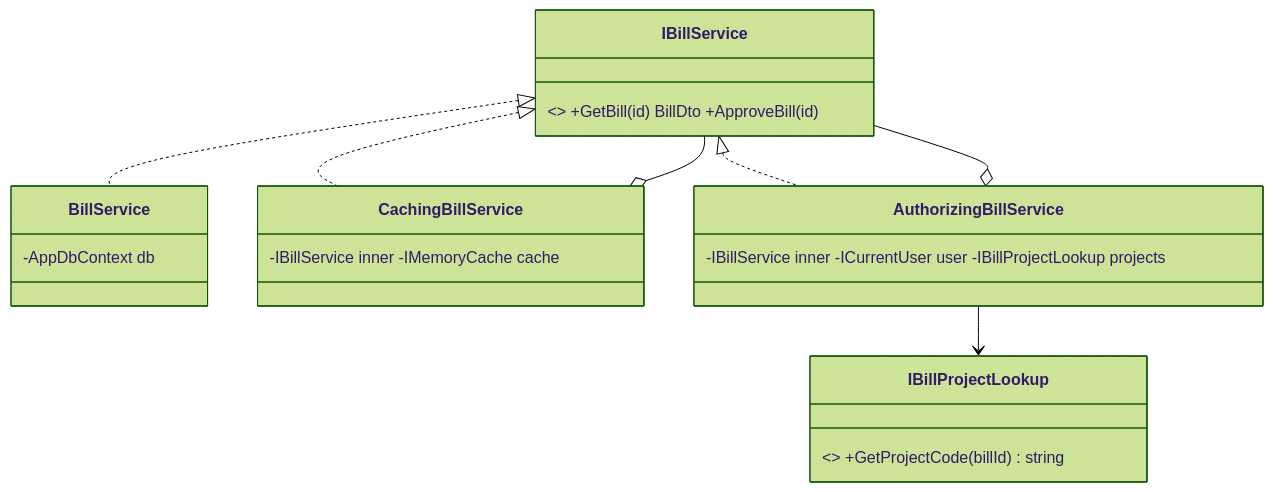
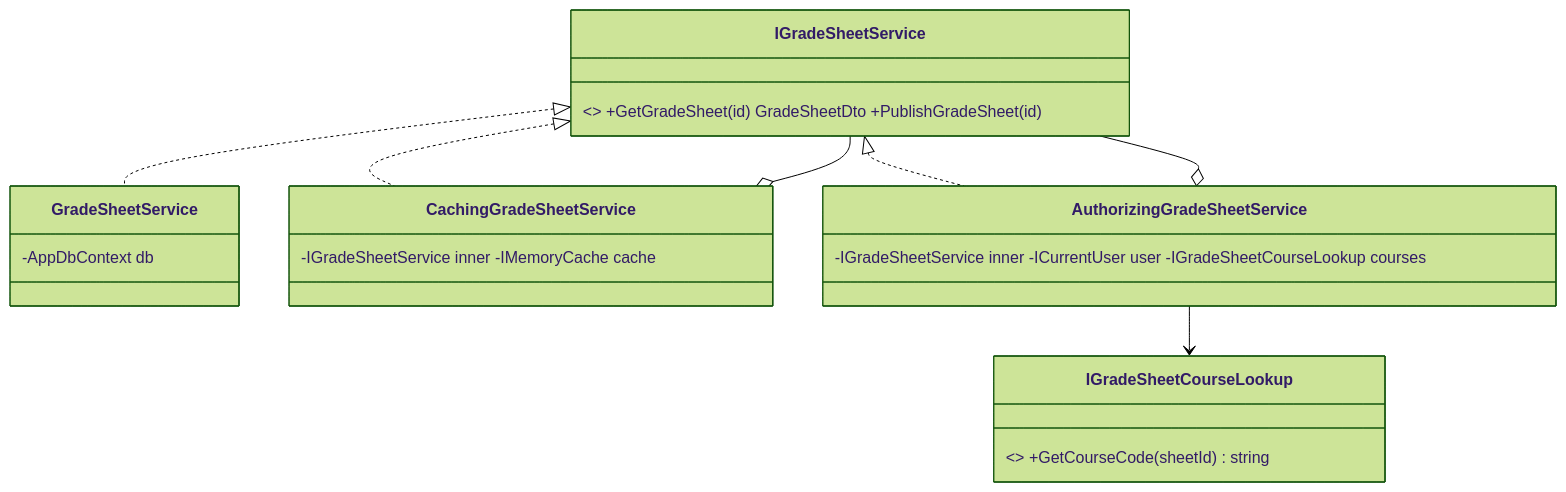
Before and after one commit to rizwi0786/system-design-lab: the third of 3 diagrams in content/lessons/m06/m06-proxy.md, drawn with Mermaid (forest theme). The commit also changed other lines of this file and 334 other files, not shown here.

````diff
--- a/content/lessons/m06/m06-proxy.md
+++ b/content/lessons/m06/m06-proxy.md
@@ -1164,14 +1167,14 @@
 ```mermaid
 classDiagram
-    class IBillService { <<interface>> +GetBill(id) BillDto +ApproveBill(id) }
-    class BillService { -AppDbContext db }
-    class CachingBillService { -IBillService inner -IMemoryCache cache }
-    class AuthorizingBillService { -IBillService inner -ICurrentUser user -IBillProjectLookup projects }
-    class IBillProjectLookup { <<interface>> +GetProjectCode(billId) string }
-    IBillService <|.. BillService
-    IBillService <|.. CachingBillService
-    IBillService <|.. AuthorizingBillService
-    CachingBillService o-- IBillService
-    AuthorizingBillService o-- IBillService
-    AuthorizingBillService --> IBillProjectLookup
+    class IGradeSheetService { <<interface>> +GetGradeSheet(id) GradeSheetDto +PublishGradeSheet(id) }
+    class GradeSheetService { -AppDbContext db }
+    class CachingGradeSheetService { -IGradeSheetService inner -IMemoryCache cache }
+    class AuthorizingGradeSheetService { -IGradeSheetService inner -ICurrentUser user -IGradeSheetCourseLookup courses }
+    class IGradeSheetCourseLookup { <<interface>> +GetCourseCode(sheetId) string }
+    IGradeSheetService <|.. GradeSheetService
+    IGradeSheetService <|.. CachingGradeSheetService
+    IGradeSheetService <|.. AuthorizingGradeSheetService
+    CachingGradeSheetService o-- IGradeSheetService
+    AuthorizingGradeSheetService o-- IGradeSheetService
+    AuthorizingGradeSheetService --> IGradeSheetCourseLookup
 ```
````
